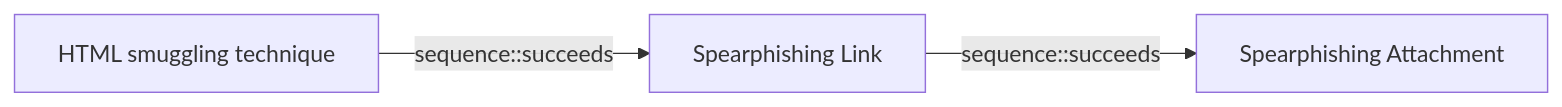
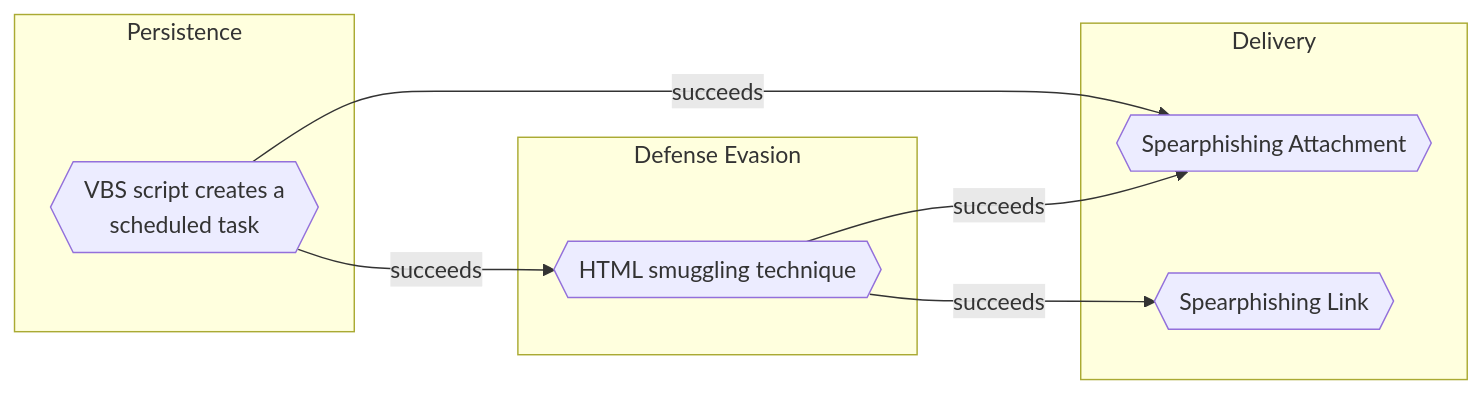
Before and after one commit to opentidehq/library: the diagram in docs/threats/html-smuggling-technique.md, drawn with Mermaid. The commit also changed other lines of this file and 540 other files, not shown here.

````diff
--- a/docs/threats/html-smuggling-technique.md
+++ b/docs/threats/html-smuggling-technique.md
@@ -109,8 +131,17 @@
 ```mermaid
 flowchart LR
-c7ed4fad_a58f_47da_9938_4a673526b3f4["HTML smuggling technique"]
-1a68b5eb_0112_424d_a21f_88dda0b6b8df["Spearphishing Link"]
-dd5d942c_bac4_4000_b9a6_ca4fef6cfb84["Spearphishing Attachment"]
-c7ed4fad_a58f_47da_9938_4a673526b3f4 -->|sequence::succeeds| 1a68b5eb_0112_424d_a21f_88dda0b6b8df
-1a68b5eb_0112_424d_a21f_88dda0b6b8df -->|sequence::succeeds| dd5d942c_bac4_4000_b9a6_ca4fef6cfb84
+subgraph "Defense Evasion"
+c7ed4fad_a58f_47da_9938_4a673526b3f4{{"HTML smuggling technique"}}
+end
+subgraph "Persistence"
+53ca52ed_a7e7_4094_95ec_b4ef522dc689{{"VBS script creates a<br>scheduled task"}}
+end
+subgraph "Delivery"
+dd5d942c_bac4_4000_b9a6_ca4fef6cfb84{{"Spearphishing Attachment"}}
+1a68b5eb_0112_424d_a21f_88dda0b6b8df{{"Spearphishing Link"}}
+end
+53ca52ed_a7e7_4094_95ec_b4ef522dc689 -->|succeeds| c7ed4fad_a58f_47da_9938_4a673526b3f4
+53ca52ed_a7e7_4094_95ec_b4ef522dc689 -->|succeeds| dd5d942c_bac4_4000_b9a6_ca4fef6cfb84
+c7ed4fad_a58f_47da_9938_4a673526b3f4 -->|succeeds| 1a68b5eb_0112_424d_a21f_88dda0b6b8df
+c7ed4fad_a58f_47da_9938_4a673526b3f4 -->|succeeds| dd5d942c_bac4_4000_b9a6_ca4fef6cfb84
 ```
````
